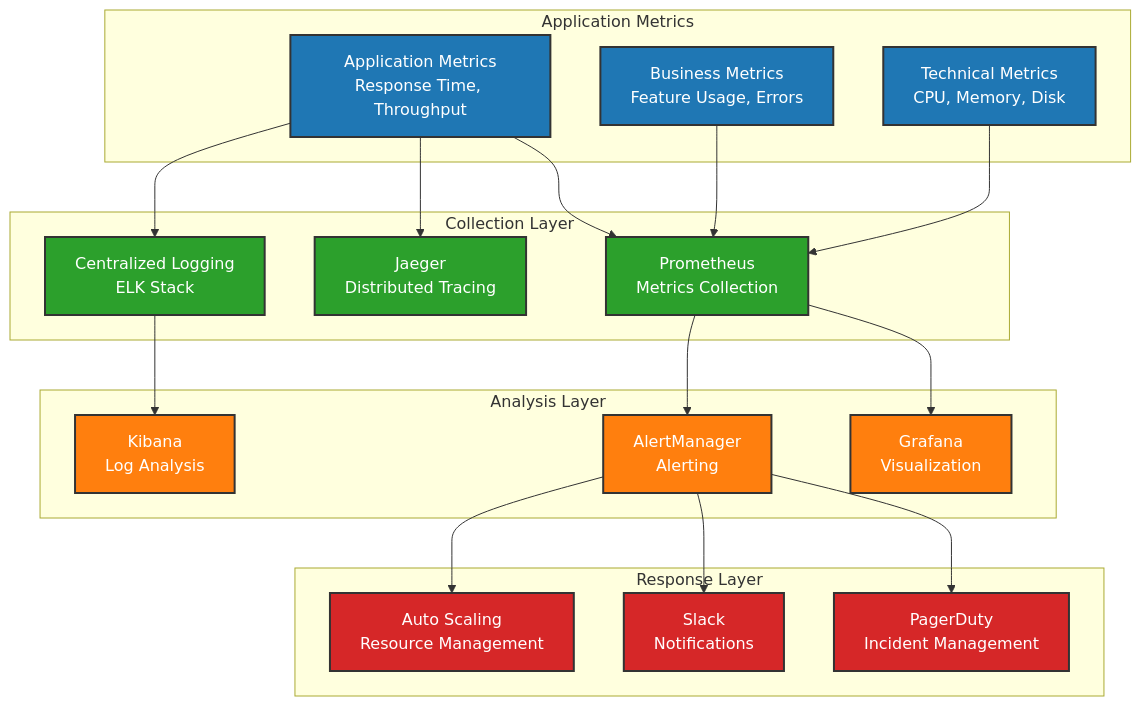
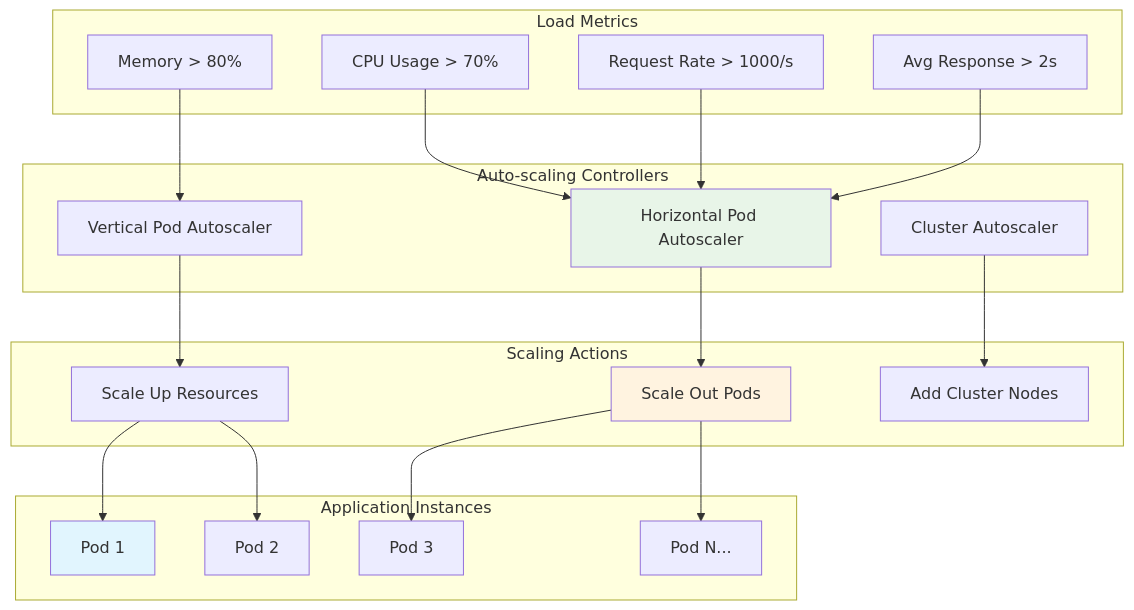
Before and after one commit to liamhelmer/claude-flow-ui: diagram 11 of 12 in docs/architecture/system-diagrams.md, drawn with Mermaid. The commit also changed other lines of this file and 202 other files, not shown here.

Commit message:
Improved docs more environment variables supported for interpretation into claude-flow args more tests

````diff
--- a/docs/architecture/system-diagrams.md
+++ b/docs/architecture/system-diagrams.md
@@ -386,51 +694,46 @@
 ```mermaid
 graph TB
-    subgraph "Application Metrics"
-        AppMetrics[Application Metrics<br/>Response Time, Throughput]
-        BusinessMetrics[Business Metrics<br/>Feature Usage, Errors]
-        TechMetrics[Technical Metrics<br/>CPU, Memory, Disk]
+    subgraph "Load Metrics"
+        CPU[CPU Usage > 70%]
+        MEMORY[Memory > 80%]
+        REQUEST_RATE[Request Rate > 1000/s]
+        RESPONSE_TIME[Avg Response > 2s]
     end
 
-    subgraph "Collection Layer"
-        Prometheus[Prometheus<br/>Metrics Collection]
-        Jaeger[Jaeger<br/>Distributed Tracing]
-        Logs[Centralized Logging<br/>ELK Stack]
+    subgraph "Auto-scaling Controllers"
+        HPA[Horizontal Pod Autoscaler]
+        VPA[Vertical Pod Autoscaler]
+        CA[Cluster Autoscaler]
     end
 
-    subgraph "Analysis Layer"
-        Grafana[Grafana<br/>Visualization]
-        Kibana[Kibana<br/>Log Analysis]
-        AlertManager[AlertManager<br/>Alerting]
+    subgraph "Scaling Actions"
+        SCALE_OUT[Scale Out Pods]
+        SCALE_UP[Scale Up Resources]
+        ADD_NODES[Add Cluster Nodes]
     end
 
-    subgraph "Response Layer"
-        PagerDuty[PagerDuty<br/>Incident Management]
-        Slack[Slack<br/>Notifications]
-        AutoScale[Auto Scaling<br/>Resource Management]
+    subgraph "Application Instances"
+        POD1[Pod 1]
+        POD2[Pod 2]
+        POD3[Pod 3]
+        PODN[Pod N...]
     end
 
-    AppMetrics --> Prometheus
-    BusinessMetrics --> Prometheus
-    TechMetrics --> Prometheus
+    CPU --> HPA
+    MEMORY --> VPA
+    REQUEST_RATE --> HPA
+    RESPONSE_TIME --> HPA
 
-    AppMetrics --> Jaeger
-    AppMetrics --> Logs
+    HPA --> SCALE_OUT
+    VPA --> SCALE_UP
+    CA --> ADD_NODES
 
-    Prometheus --> Grafana
-    Prometheus --> AlertManager
-    Logs --> Kibana
+    SCALE_OUT --> POD3
+    SCALE_OUT --> PODN
+    SCALE_UP --> POD1
+    SCALE_UP --> POD2
 
-    AlertManager --> PagerDuty
-    AlertManager --> Slack
-    AlertManager --> AutoScale
-
-    classDef metrics fill:#1f77b4,stroke:#333,stroke-width:2px,color:#fff
-    classDef collection fill:#2ca02c,stroke:#333,stroke-width:2px,color:#fff
-    classDef analysis fill:#ff7f0e,stroke:#333,stroke-width:2px,color:#fff
-    classDef response fill:#d62728,stroke:#333,stroke-width:2px,color:#fff
-
-    class AppMetrics,BusinessMetrics,TechMetrics metrics
-    class Prometheus,Jaeger,Logs collection
-    class Grafana,Kibana,AlertManager analysis
-    class PagerDuty,Slack,AutoScale response
+    style HPA fill:#e8f5e8
+    style SCALE_OUT fill:#fff3e0
+    style POD1 fill:#e1f5fe
 ```
````
